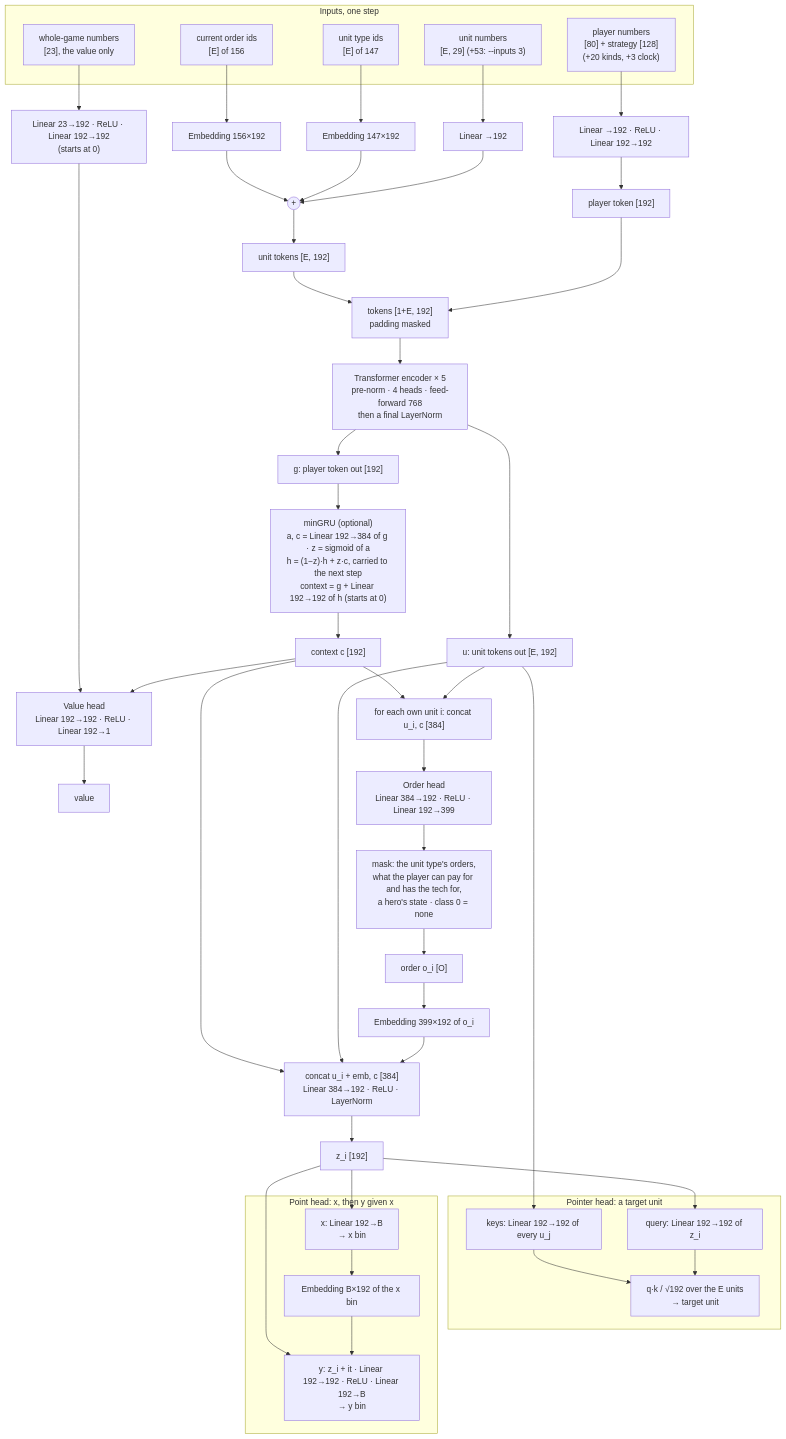
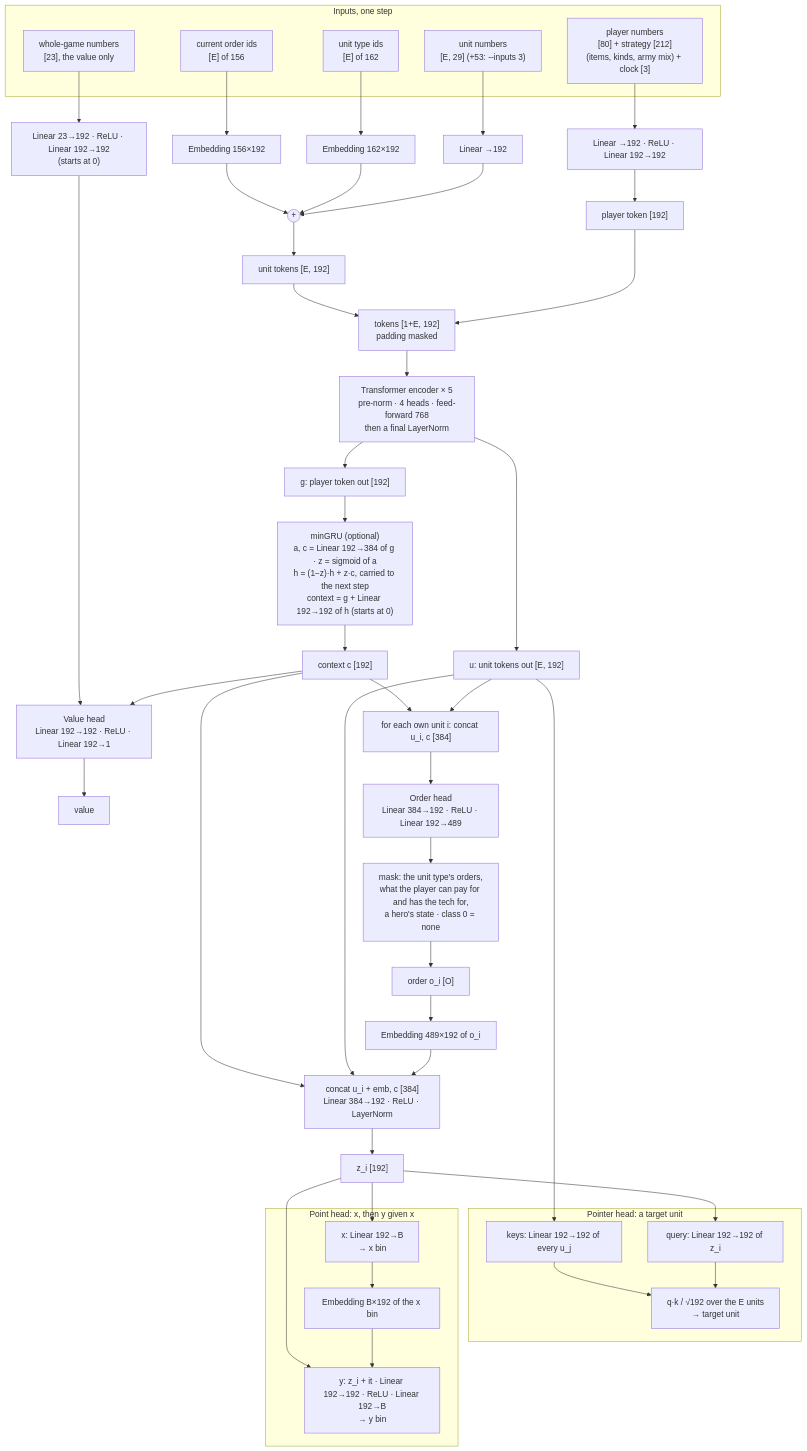
Before and after one commit to RobinKa/warcraftsim: the first of 3 diagrams in docs/model.md, drawn with Mermaid. The commit also changed other lines of this file and 8 other files, not shown here.

````diff
--- a/docs/model.md
+++ b/docs/model.md
@@ -9,46 +9,46 @@
 ```mermaid
 flowchart TB
   subgraph IN["Inputs, one step"]
     F["unit numbers<br/>[E, 29] (+53: --inputs 3)"]
-    TY["unit type ids<br/>[E] of 147"]
+    TY["unit type ids<br/>[E] of 162"]
     CO["current order ids<br/>[E] of 156"]
-    PL["player numbers<br/>[80] + strategy [128]<br/>(+20 kinds, +3 clock)"]
+    PL["player numbers<br/>[80] + strategy [212]<br/>(items, kinds, army mix) + clock [3]"]
     PV["whole-game numbers<br/>[23], the value only"]
   end
   F --> LF["Linear →192"]
-  TY --> ET["Embedding 147×192"]
+  TY --> ET["Embedding 162×192"]
   CO --> EC["Embedding 156×192"]
   LF --> SUM(("+"))
   ET --> SUM
   EC --> SUM
   SUM --> UT["unit tokens [E, 192]"]
   PL --> MP["Linear →192 · ReLU · Linear 192→192"] --> PT["player token [192]"]
   PT --> SEQ["tokens [1+E, 192]<br/>padding masked"]
   UT --> SEQ
   SEQ --> TR["Transformer encoder × 5<br/>pre-norm · 4 heads · feed-forward 768<br/>then a final LayerNorm"]
   TR --> G["g: player token out [192]"]
   TR --> U["u: unit tokens out [E, 192]"]
   G --> MEM["minGRU (optional)<br/>a, c = Linear 192→384 of g · z = sigmoid of a<br/>h = (1−z)·h + z·c, carried to the next step<br/>context = g + Linear 192→192 of h (starts at 0)"]
   MEM --> C["context c [192]"]
   C --> VH["Value head<br/>Linear 192→192 · ReLU · Linear 192→1"] --> V["value"]
   PV --> PP["Linear 23→192 · ReLU · Linear 192→192<br/>(starts at 0)"] --> VH
   U --> OI["for each own unit i: concat u_i, c [384]"]
   C --> OI
-  OI --> OH["Order head<br/>Linear 384→192 · ReLU · Linear 192→399"] --> MSK["mask: the unit type's orders,<br/>what the player can pay for and has the tech for,<br/>a hero's state · class 0 = none"] --> O1["order o_i [O]"]
-  O1 --> OE["Embedding 399×192 of o_i"]
+  OI --> OH["Order head<br/>Linear 384→192 · ReLU · Linear 192→489"] --> MSK["mask: the unit type's orders,<br/>what the player can pay for and has the tech for,<br/>a hero's state · class 0 = none"] --> O1["order o_i [O]"]
+  O1 --> OE["Embedding 489×192 of o_i"]
   OE --> CD["concat u_i + emb, c [384]<br/>Linear 384→192 · ReLU · LayerNorm"]
   U --> CD
   C --> CD
   CD --> Z["z_i [192]"]
   subgraph PTRS["Pointer head: a target unit"]
     Q["query: Linear 192→192 of z_i"] --> PTR["q·k / √192 over the E units<br/>→ target unit"]
     K["keys: Linear 192→192 of every u_j"] --> PTR
   end
   subgraph PNT["Point head: x, then y given x"]
     PX["x: Linear 192→B<br/>→ x bin"] --> XE["Embedding B×192 of the x bin"] --> PY["y: z_i + it · Linear 192→192 · ReLU · Linear 192→B<br/>→ y bin"]
   end
   Z --> Q
   U --> K
   Z --> PX
   Z --> PY
 ```
````
